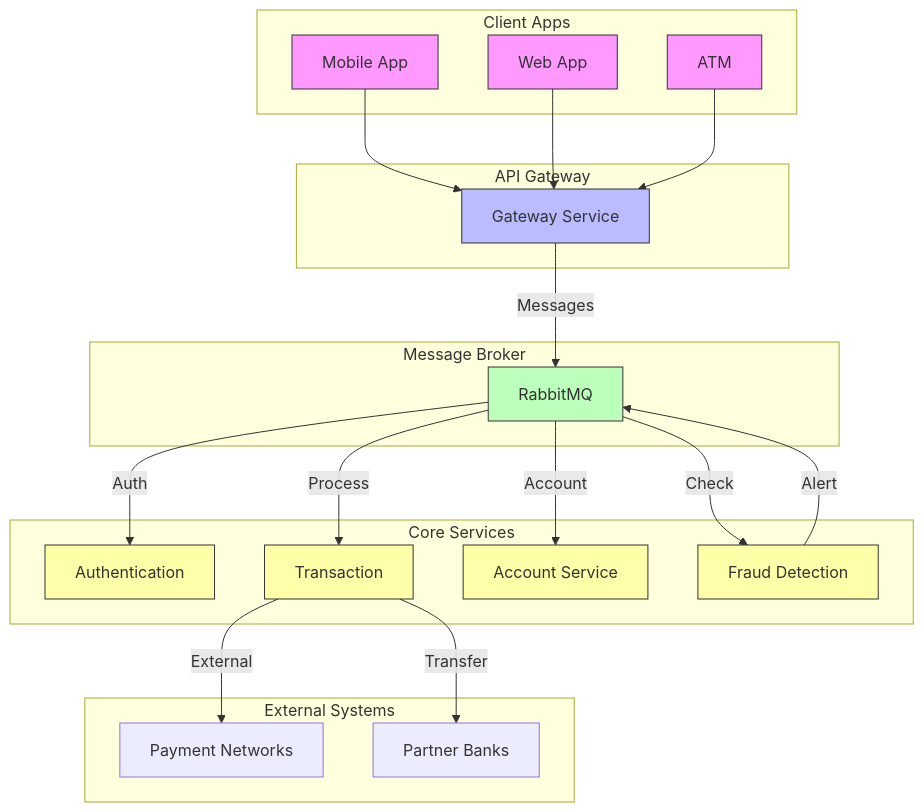
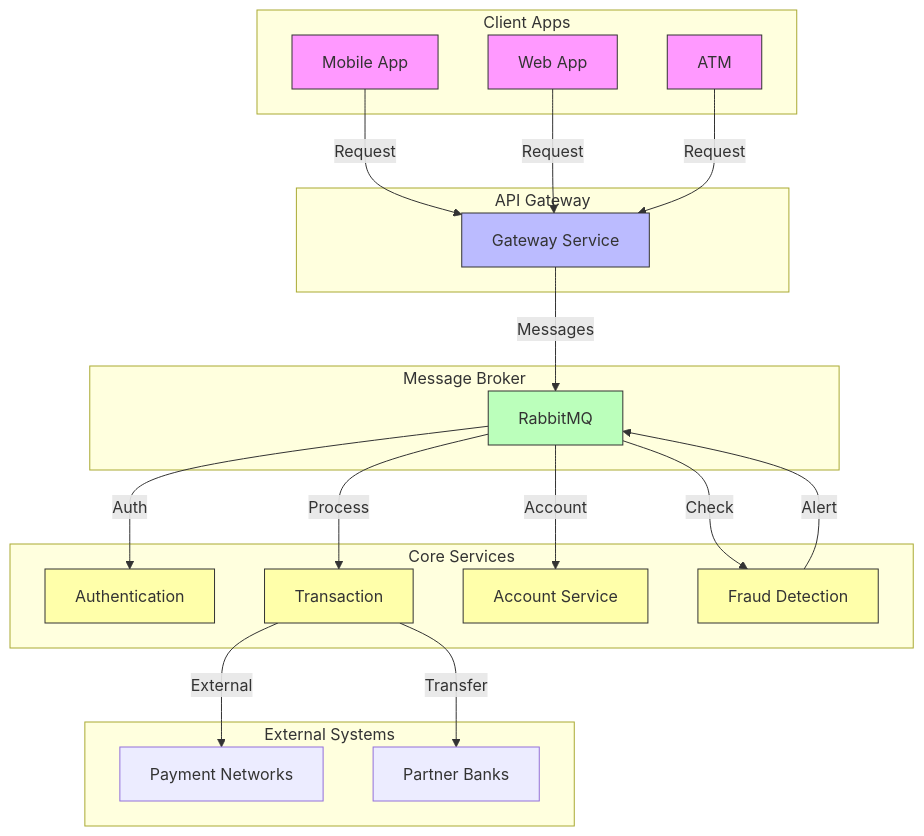
Before and after one commit to hdt12a1/message-broker-mastery: the seventh of 15 diagrams in rabbitmq.md, drawn with Mermaid. The commit also changed other lines of this file, not shown here.

Commit message:
docs: update RabbitMQ documentation with fixed Mermaid diagrams and detailed component analysis

````diff
--- a/rabbitmq.md
+++ b/rabbitmq.md
@@ -336,50 +378,55 @@
 ```mermaid
 graph TD
     subgraph Client Apps
         A1[Mobile App]
         A2[Web App]
         A3[ATM]
     end
-
+    
     subgraph API Gateway
         B[Gateway Service]
     end
 
     subgraph Message Broker
         C[RabbitMQ]
     end
 
     subgraph Core Services
         D1[Authentication]
         D2[Transaction]
         D3[Account Service]
         D4[Fraud Detection]
     end
 
     subgraph External Systems
         E1[Payment Networks]
         E2[Partner Banks]
     end
 
-    A1 --> B
-    A2 --> B
-    A3 --> B
-    B -->|Messages| C
-    C -->|Auth| D1
-    C -->|Process| D2
-    C -->|Account| D3
-    C -->|Check| D4
-    D2 -->|External| E1
-    D2 -->|Transfer| E2
-    D4 -->|Alert| C
+    A1 -->|"Request"| B
+    A2 -->|"Request"| B
+    A3 -->|"Request"| B
+    B -->|"Messages"| C
+    C -->|"Auth"| D1
+    C -->|"Process"| D2
+    C -->|"Account"| D3
+    C -->|"Check"| D4
+    D2 -->|"External"| E1
+    D2 -->|"Transfer"| E2
+    D4 -->|"Alert"| C
 
-    style A1 fill:#f9f,stroke:#333
-    style A2 fill:#f9f,stroke:#333
-    style A3 fill:#f9f,stroke:#333
-    style B fill:#bbf,stroke:#333
-    style C fill:#bfb,stroke:#333
-    style D1 fill:#ffa,stroke:#333
-    style D2 fill:#ffa,stroke:#333
-    style D3 fill:#ffa,stroke:#333
-    style D4 fill:#ffa,stroke:#333
+    classDef client fill:#f9f,stroke:#333;
+    classDef gateway fill:#bbf,stroke:#333;
+    classDef broker fill:#bfb,stroke:#333;
+    classDef service fill:#ffa,stroke:#333;
+    
+    class A1 client;
+    class A2 client;
+    class A3 client;
+    class B gateway;
+    class C broker;
+    class D1 service;
+    class D2 service;
+    class D3 service;
+    class D4 service;
 ```
````
